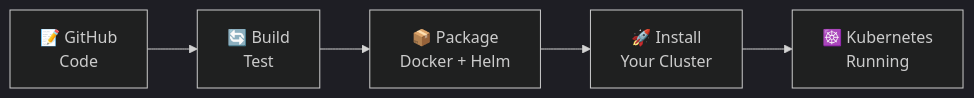
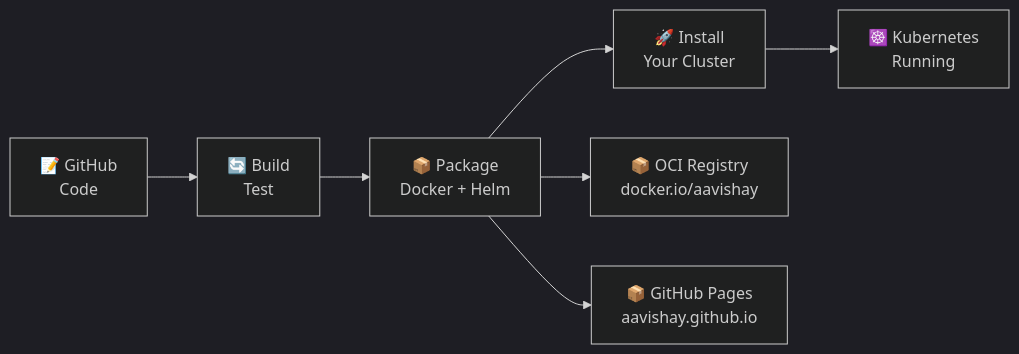
One commit to aavishay/right-sizer changed the second of 4 diagrams in README.md. Above: the diagram before and after it, drawn with Mermaid (dark theme). The commit also changed other lines of this file and 3 other files, not shown here.

````diff
--- a/README.md
+++ b/README.md
@@ -332,6 +343,9 @@
 ```mermaid
 graph LR
     GH[📝 GitHub<br/>Code] --> GA[🔄 Build<br/>Test] --> DH[📦 Package<br/>Docker + Helm] --> INST[🚀 Install<br/>Your Cluster]
 
     INST --> K8s[☸️ Kubernetes<br/>Running]
+
+    DH --> OCI[📦 OCI Registry<br/>docker.io/aavishay]
+    DH --> GHP[📦 GitHub Pages<br/>aavishay.github.io]
 ```
````
